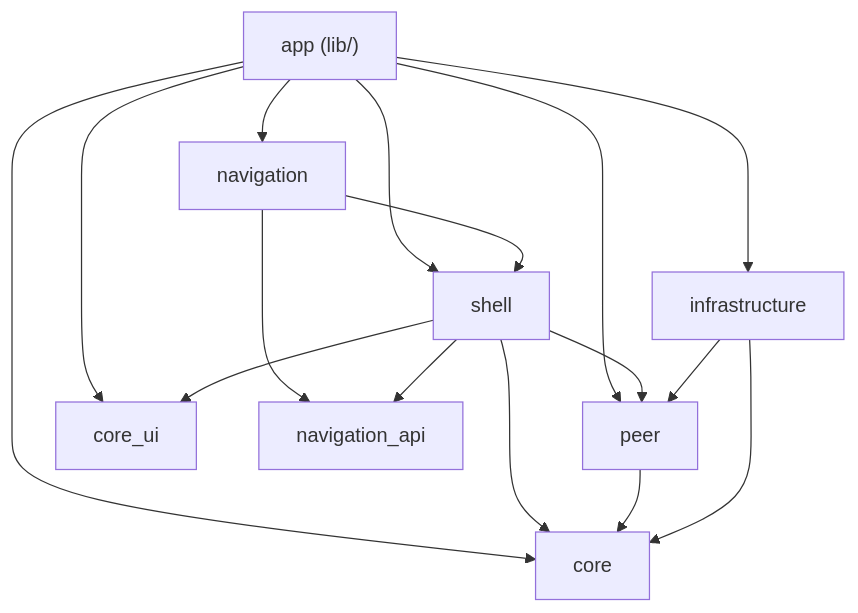
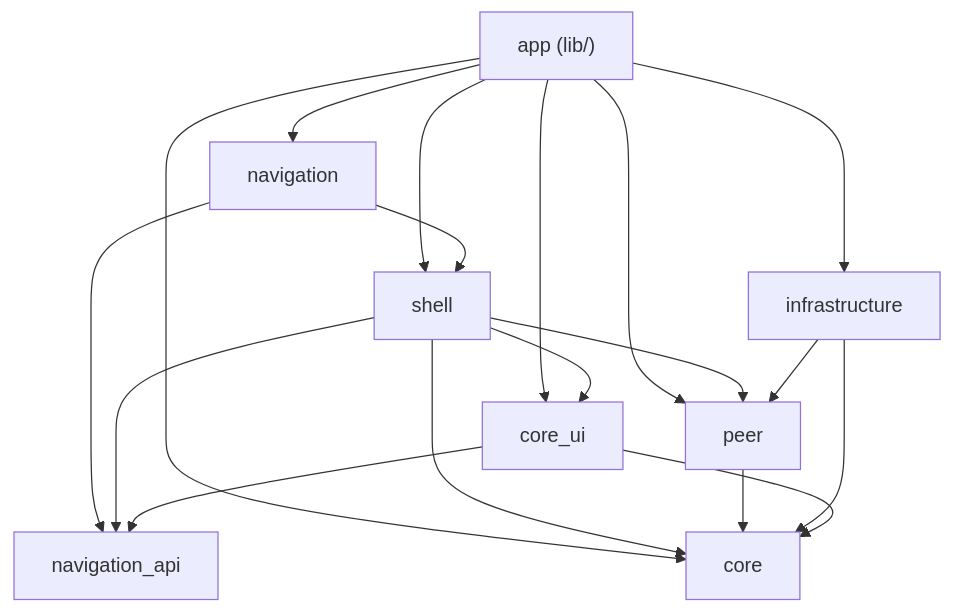
The first of 2 diagrams in README.md (Viweld/tete_games), drawn with Mermaid before and after one commit. The commit also changed other lines of this file and 4 other files, not shown here.

First line of the commit message:
Clean up post-migration docs and simplify workspace graph checker.

````diff
--- a/README.md
+++ b/README.md
@@ -51,18 +55,23 @@
 ```mermaid
 flowchart TD
   app["app (lib/)"] --> shell
   app --> navigation
   app --> infrastructure
   app --> peer
   app --> core_ui
   app --> core
+
   navigation --> navigationApi["navigation_api"]
   navigation --> shell
+
   shell --> navigationApi
   shell --> peer
   shell --> core_ui
   shell --> core
+
   peer --> core
   infrastructure --> peer
   infrastructure --> core
+  core_ui --> core
+  core_ui --> navigationApi
 ```
````
